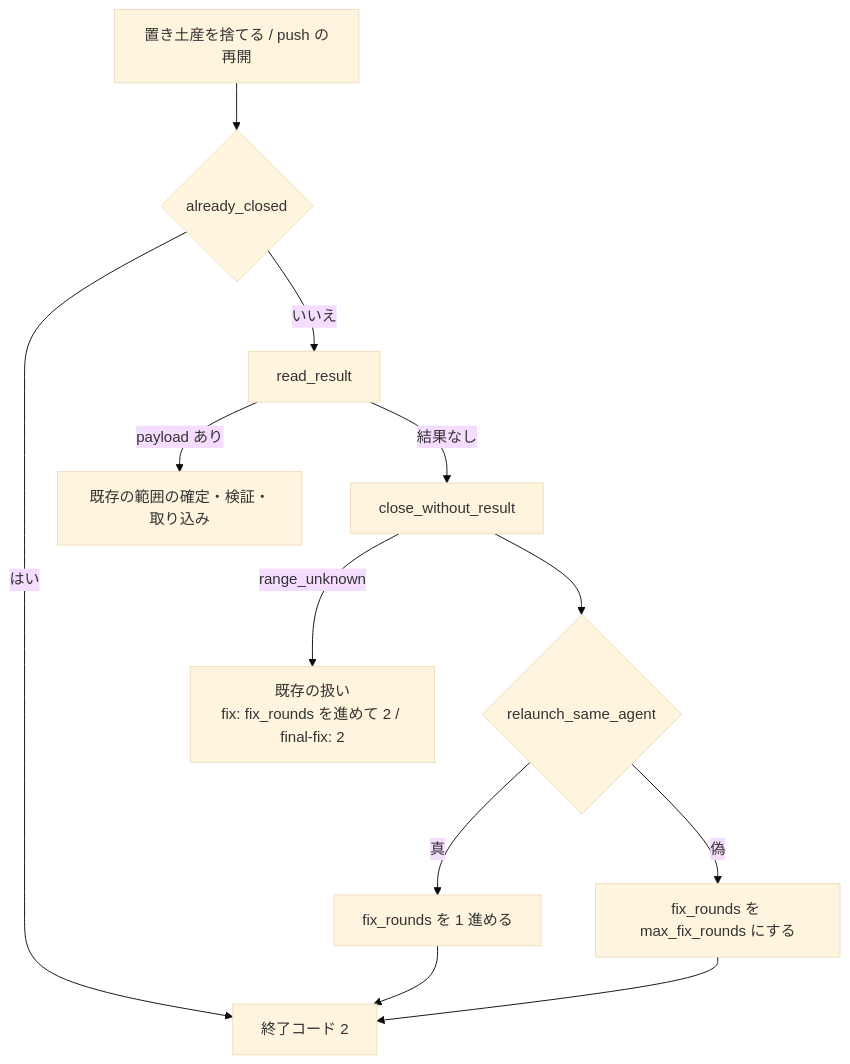
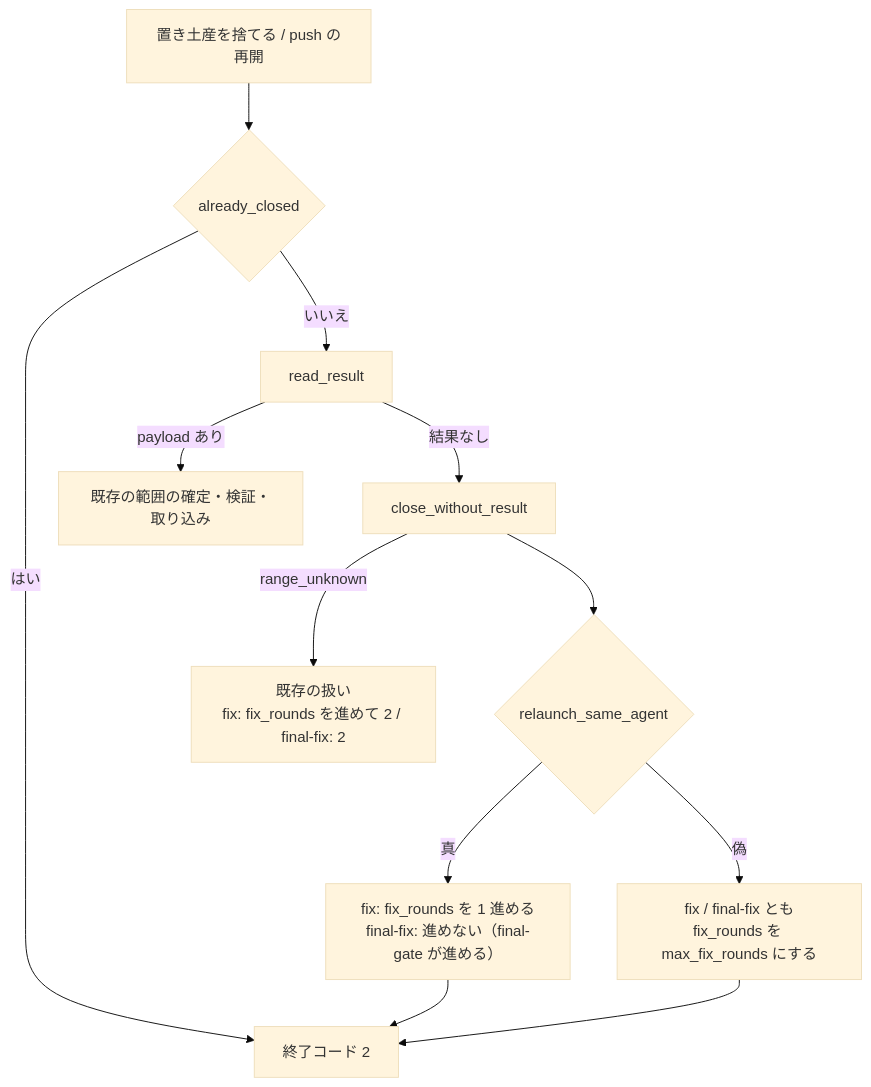
Before and after one commit to devbasex/ai-plugins: the seventh of 7 diagrams in issues/issue-728-647-592-553-design.md, drawn with Mermaid (base theme). The commit also changed other lines of this file, not shown here.

````diff
--- a/issues/issue-728-647-592-553-design.md
+++ b/issues/issue-728-647-592-553-design.md
@@ -406,14 +406,14 @@
 ```mermaid
 graph TD
     S[置き土産を捨てる / push の再開] --> AC{already_closed}
     AC -->|はい| R2[終了コード 2]
     AC -->|いいえ| RD[read_result]
     RD -->|payload あり| EX[既存の範囲の確定・検証・取り込み]
     RD -->|結果なし| CW[close_without_result]
     CW -->|range_unknown| RU[既存の扱い<br/>fix: fix_rounds を進めて 2 / final-fix: 2]
     CW --> ADV{relaunch_same_agent}
-    ADV -->|真| P1[fix_rounds を 1 進める]
-    ADV -->|偽| PM[fix_rounds を max_fix_rounds にする]
+    ADV -->|真| P1[fix: fix_rounds を 1 進める<br/>final-fix: 進めない（final-gate が進める）]
+    ADV -->|偽| PM[fix / final-fix とも<br/>fix_rounds を max_fix_rounds にする]
     P1 --> R2
     PM --> R2
 ```
````
